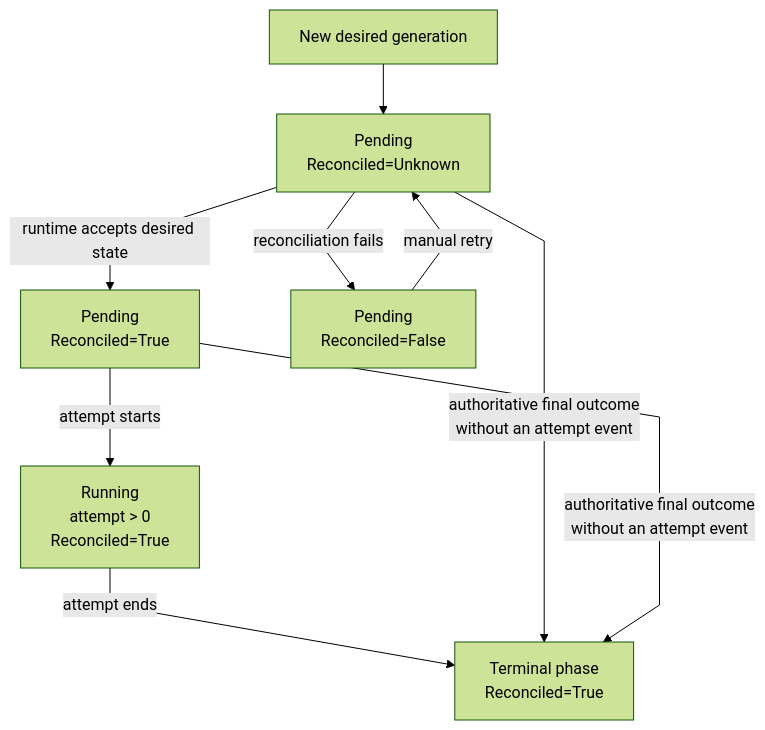
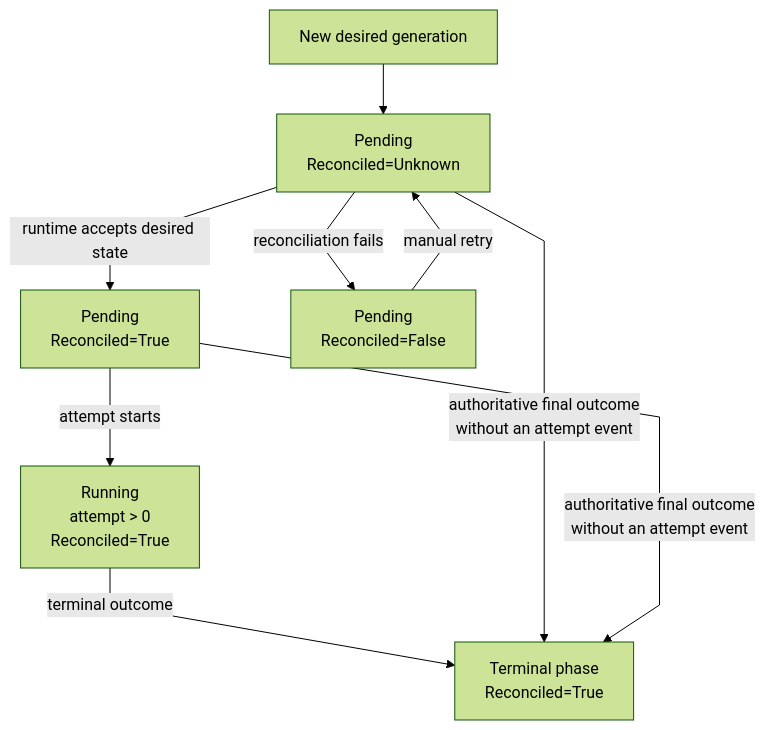
The fourth of 9 diagrams in crates/solti-model/ARCHITECTURE.md (soltiHQ/sdk), drawn with Mermaid (forest theme) before and after one commit. The commit also changed other lines of this file and 59 other files, not shown here.

````diff
--- a/crates/solti-model/ARCHITECTURE.md
+++ b/crates/solti-model/ARCHITECTURE.md
@@ -142,19 +142,19 @@
 ```mermaid
 %%{init: {"flowchart": {"curve": "linear"}}}%%
 flowchart TB
     Desired["New desired generation"]
     Scheduled["Pending<br/>Reconciled=Unknown"]
     Accepted["Pending<br/>Reconciled=True"]
     FailedReconcile["Pending<br/>Reconciled=False"]
     Running["Running<br/>attempt > 0<br/>Reconciled=True"]
     Terminal["Terminal phase<br/>Reconciled=True"]
 
     Desired --> Scheduled
     Scheduled -->|runtime accepts desired state| Accepted
     Scheduled -->|reconciliation fails| FailedReconcile
     FailedReconcile -->|manual retry| Scheduled
     Accepted -->|attempt starts| Running
-    Running -->|attempt ends| Terminal
+    Running -->|terminal outcome| Terminal
     Scheduled -->|authoritative final outcome<br/>without an attempt event| Terminal
     Accepted -->|authoritative final outcome<br/>without an attempt event| Terminal
 ```
````
